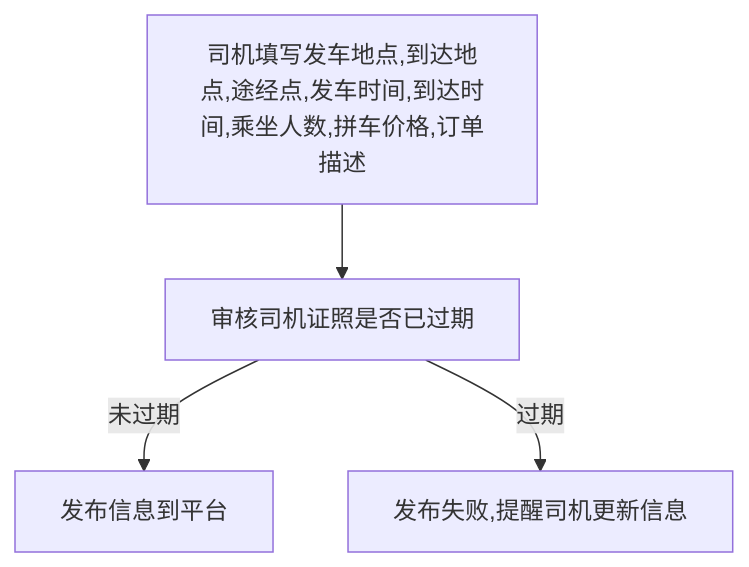
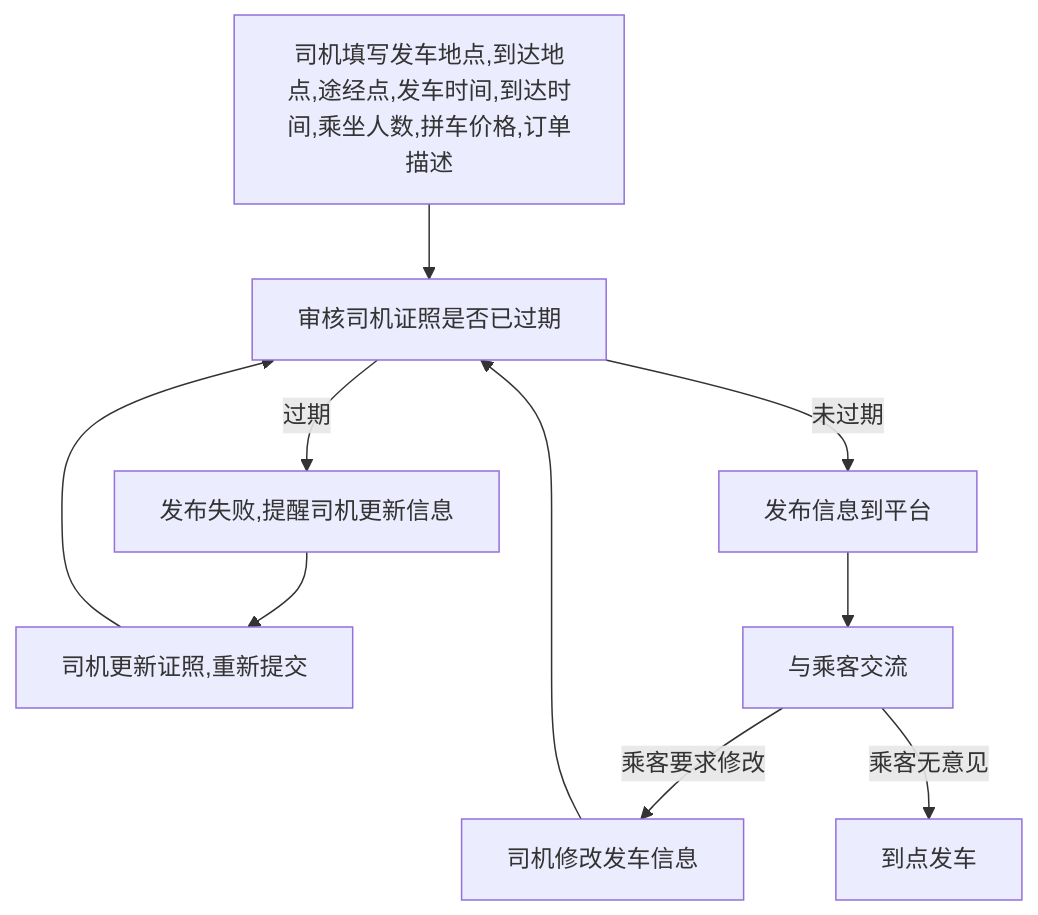
Before and after one commit to npu-carpooling-system-team/carpooling-document: the fourth of 5 diagrams in 详细设计.md, drawn with Mermaid. The commit also changed other lines of this file and 1 other file, not shown here.

````diff
--- a/详细设计.md
+++ b/详细设计.md
@@ -232,6 +239,12 @@
 ```mermaid
 graph TB
 	司机填写发车地点,到达地点,途经点,发车时间,到达时间,乘坐人数,拼车价格,订单描述 --> 审核司机证照是否已过期
 	审核司机证照是否已过期 --未过期--> 发布信息到平台
 	审核司机证照是否已过期 --过期--> 发布失败,提醒司机更新信息
+	发布失败,提醒司机更新信息 --> 司机更新证照,重新提交
+	发布信息到平台 --> 与乘客交流
+	与乘客交流 --乘客要求修改--> 司机修改发车信息
+	司机修改发车信息 --> 审核司机证照是否已过期
+	司机更新证照,重新提交 --> 审核司机证照是否已过期
+	与乘客交流 --乘客无意见--> 到点发车
 ```
````
